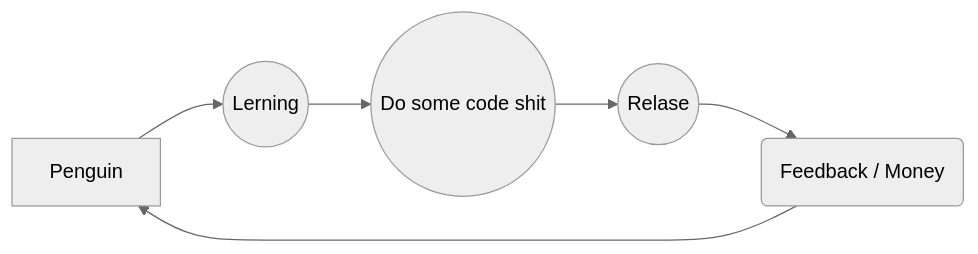
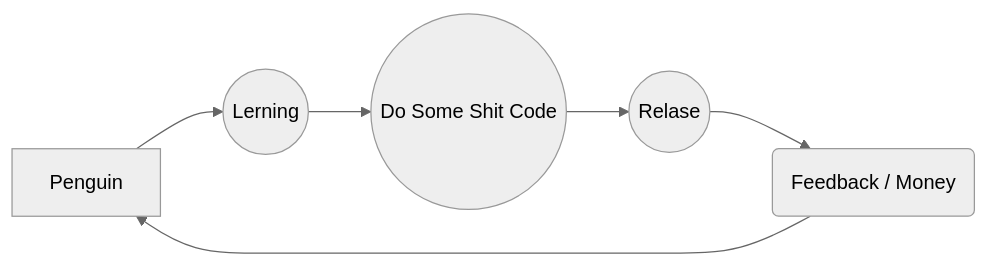
The diagram in README.md (LucaPenguin/LucaPenguin), drawn with Mermaid (neutral theme) before and after one commit.

````diff
--- a/README.md
+++ b/README.md
@@ -11,8 +11,8 @@
 ```mermaid
 graph LR
 A[Penguin] --> B((Lerning))
-B --> C((Do some code shit))
+B --> C((Do Some Shit Code))
 C --> D((Relase))
 D --> E(Feedback / Money)
 E --> A
 ```
````
